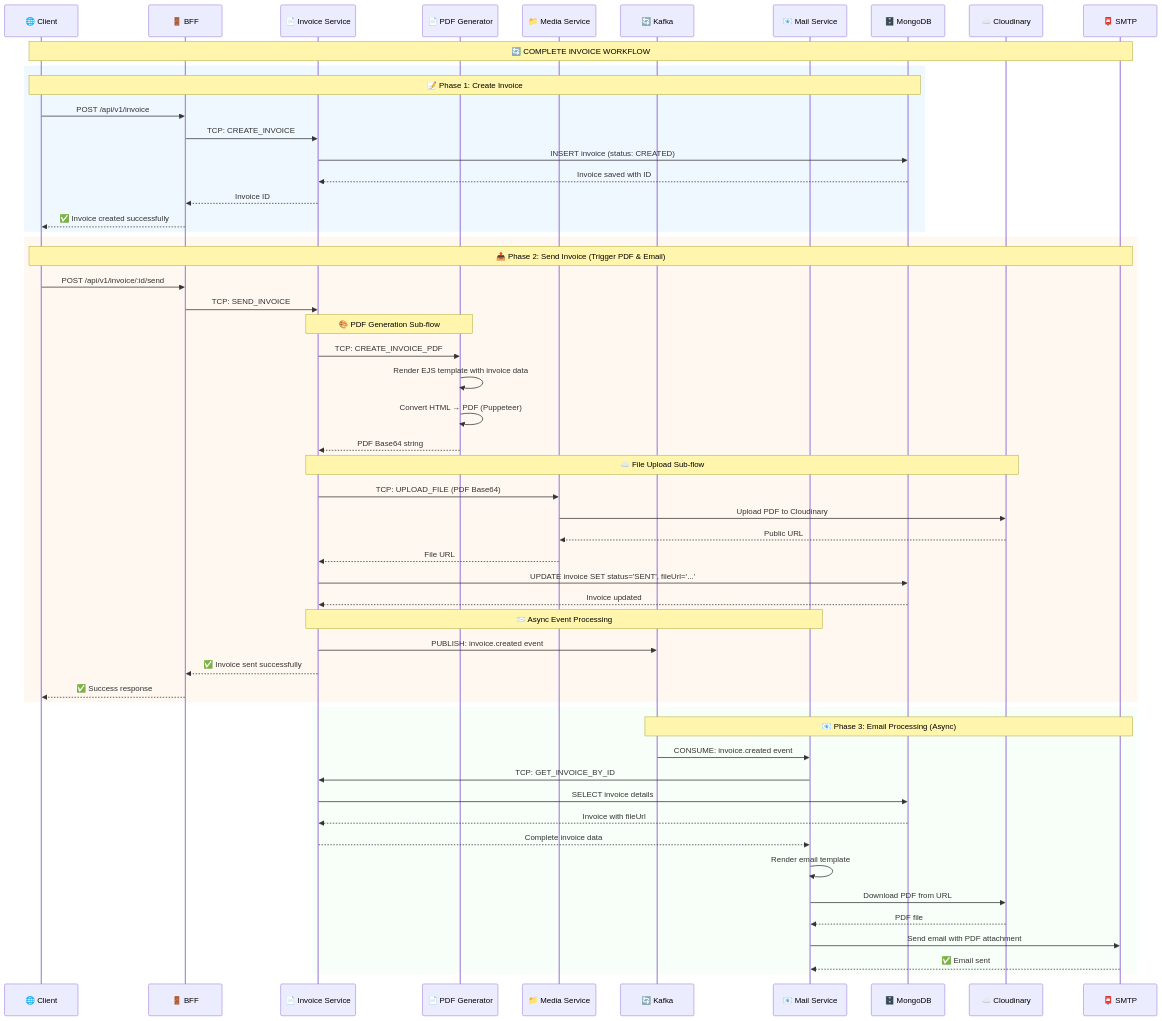
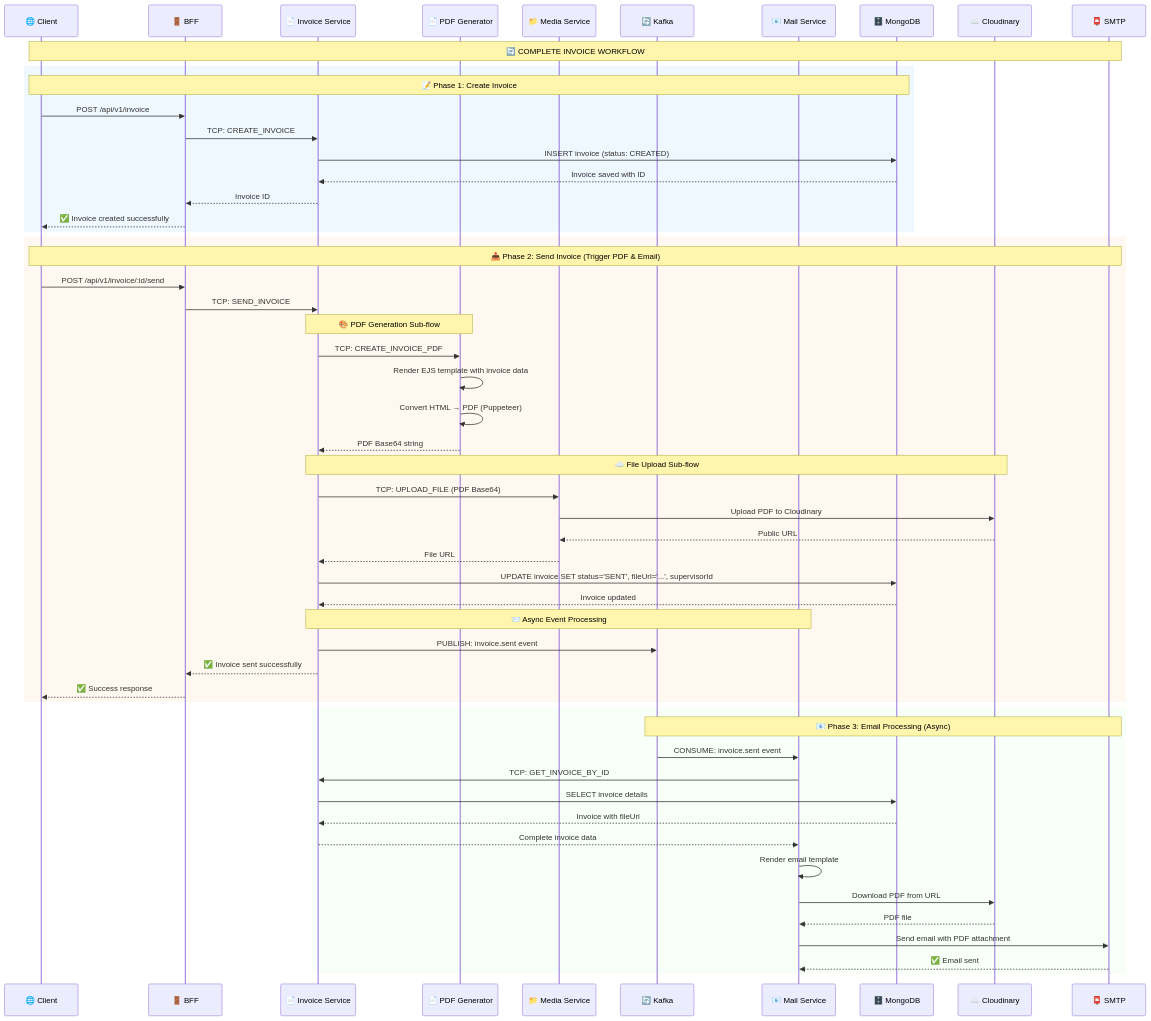
Before and after one commit to thanhmati/einvoice-backend: the second of 4 diagrams in TEACHING_GUIDE.md, drawn with Mermaid. The commit also changed other lines of this file and 2 other files, not shown here.

````diff
--- a/TEACHING_GUIDE.md
+++ b/TEACHING_GUIDE.md
@@ -91,73 +92,73 @@
 ```mermaid
 sequenceDiagram
     participant C as 🌐 Client
     participant B as 🚪 BFF
     participant I as 📄 Invoice Service
     participant P as 📄 PDF Generator
     participant M as 📁 Media Service
     participant K as 🔄 Kafka
     participant Mail as 📧 Mail Service
     participant DB as 🗄️ MongoDB
     participant Cloud as ☁️ Cloudinary
     participant SMTP as 📮 SMTP
 
     Note over C,SMTP: 🔄 COMPLETE INVOICE WORKFLOW
 
     %% 1. Create Invoice
     rect rgb(240, 248, 255)
         Note over C,DB: 📝 Phase 1: Create Invoice
         C->>B: POST /api/v1/invoice
         B->>I: TCP: CREATE_INVOICE
         I->>DB: INSERT invoice (status: CREATED)
         DB-->>I: Invoice saved with ID
         I-->>B: Invoice ID
         B-->>C: ✅ Invoice created successfully
     end
 
     %% 2. Send Invoice (Complex Flow)
     rect rgb(255, 248, 240)
         Note over C,SMTP: 📤 Phase 2: Send Invoice (Trigger PDF & Email)
         C->>B: POST /api/v1/invoice/:id/send
         B->>I: TCP: SEND_INVOICE
         
         %% PDF Generation
         Note over I,P: 🎨 PDF Generation Sub-flow
         I->>P: TCP: CREATE_INVOICE_PDF
         P->>P: Render EJS template with invoice data
         P->>P: Convert HTML → PDF (Puppeteer)
         P-->>I: PDF Base64 string
         
         %% File Upload
         Note over I,Cloud: ☁️ File Upload Sub-flow
         I->>M: TCP: UPLOAD_FILE (PDF Base64)
         M->>Cloud: Upload PDF to Cloudinary
         Cloud-->>M: Public URL
         M-->>I: File URL
         
         %% Update Database
-        I->>DB: UPDATE invoice SET status='SENT', fileUrl='...'
+        I->>DB: UPDATE invoice SET status='SENT', fileUrl='...', supervisorId
         DB-->>I: Invoice updated
         
         %% Kafka Event
         Note over I,Mail: 📨 Async Event Processing
-        I->>K: PUBLISH: invoice.created event
+        I->>K: PUBLISH: invoice.sent event
         I-->>B: ✅ Invoice sent successfully
         B-->>C: ✅ Success response
     end
 
     %% 3. Email Processing (Async)
     rect rgb(248, 255, 248)
         Note over K,SMTP: 📧 Phase 3: Email Processing (Async)
-        K->>Mail: CONSUME: invoice.created event
+        K->>Mail: CONSUME: invoice.sent event
         Mail->>I: TCP: GET_INVOICE_BY_ID
         I->>DB: SELECT invoice details
         DB-->>I: Invoice with fileUrl
         I-->>Mail: Complete invoice data
         
         Mail->>Mail: Render email template
         Mail->>Cloud: Download PDF from URL
         Cloud-->>Mail: PDF file
         Mail->>SMTP: Send email with PDF attachment
         SMTP-->>Mail: ✅ Email sent
     end
 ```
````
